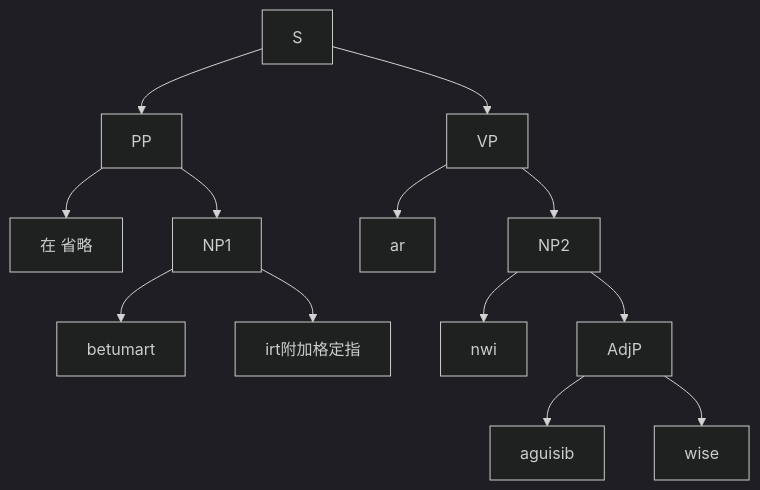
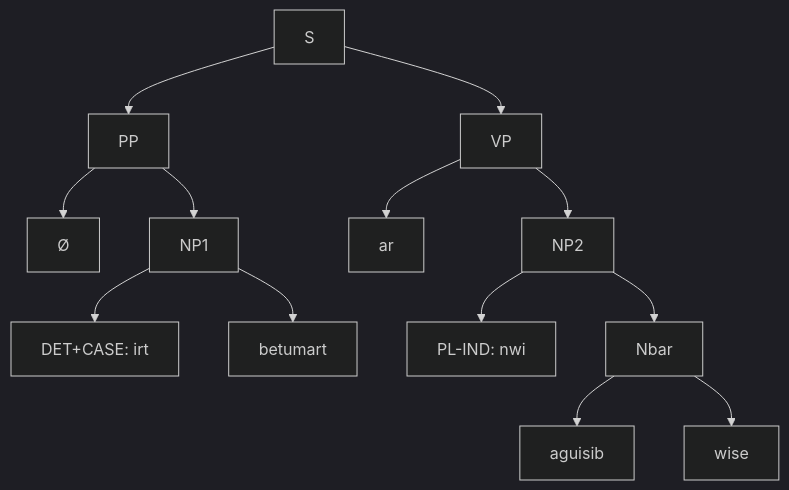
Before and after one commit to Phychias/Laaerad: the second of 2 diagrams in docs/拉埃拉德/图斯克/图斯克/图斯克语.md, drawn with Mermaid (dark theme). The commit also changed 5 other files, not shown here.

````diff
--- a/docs/拉埃拉德/图斯克/图斯克/图斯克语.md
+++ b/docs/拉埃拉德/图斯克/图斯克/图斯克语.md
@@ -210,22 +210,26 @@
 ```mermaid
 graph TD
     S --> PP
     S --> VP
+
+    %% PP 部分
     PP --> P
+    P[Ø]
     PP --> NP1
-    P[在 省略]
+    NP1 --> DET1
+    DET1[DET+CASE: irt]
     NP1 --> N1
-    NP1 --> DET_Case1
     N1[betumart]
-    DET_Case1[irt附加格定指]
+
+    %% VP 部分
     VP --> V
+    V[ar]
     VP --> NP2
-    V[ar]
     NP2 --> DET2
-    NP2 --> AdjP
-    DET2[nwi]
-    AdjP --> Adj
-    AdjP --> N2
+    DET2[PL-IND: nwi]
+    NP2 --> Nbar
+    Nbar --> Adj
     Adj[aguisib]
+    Nbar --> N2
     N2[wise]
 ```
````
